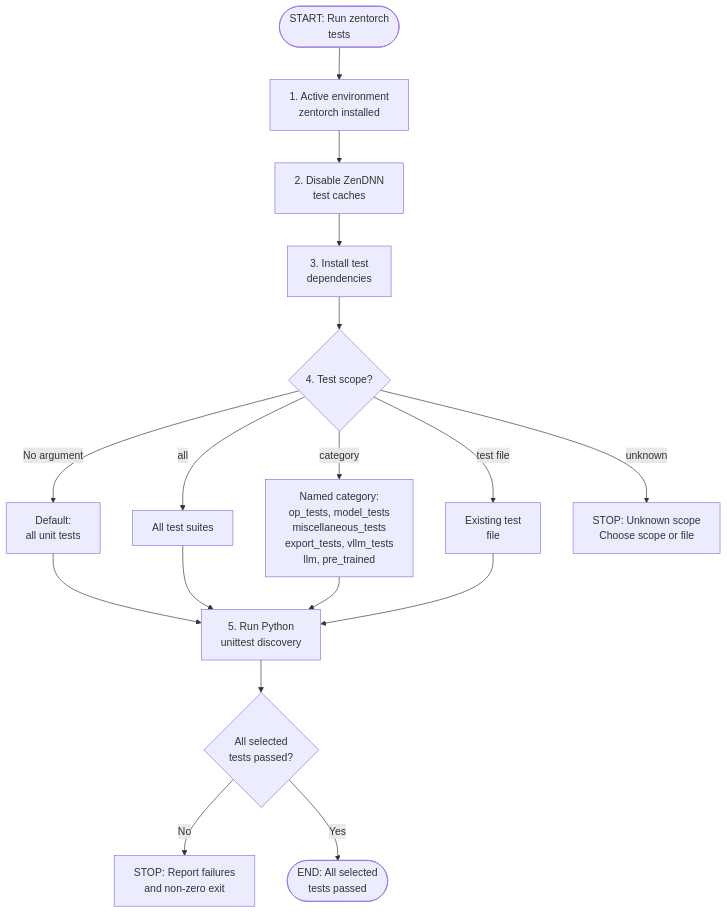
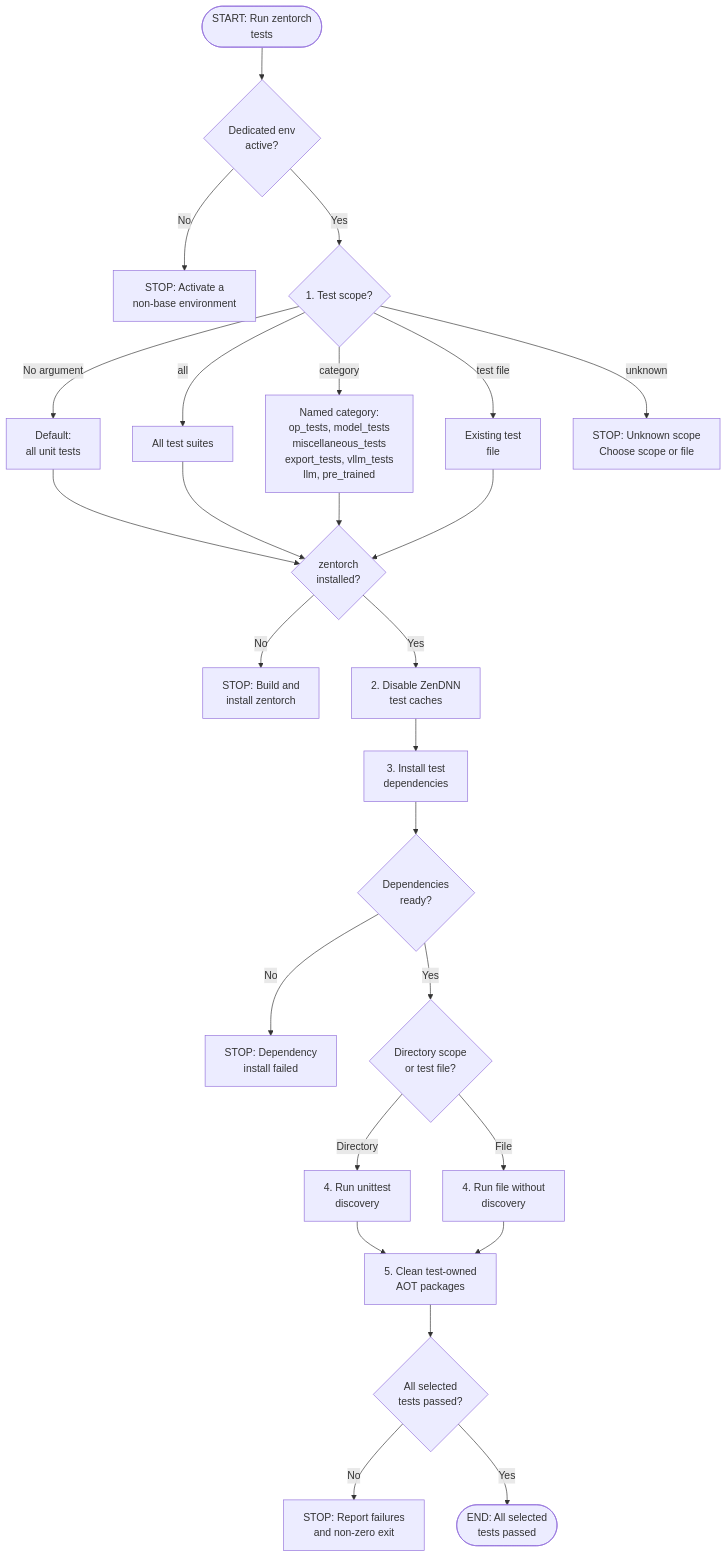
One commit to amd/ZenDNN-pytorch-plugin changed the diagram in .claude/skills/run-tests/zentorch-test-flow.md. Above: the diagram before and after it, drawn with Mermaid. The commit also changed other lines of this file and 11 other files, not shown here.

Commit message:
[ZENTORCH CORE] Fix blind-test skill workflow gaps

````diff
--- a/.claude/skills/run-tests/zentorch-test-flow.md
+++ b/.claude/skills/run-tests/zentorch-test-flow.md
@@ -21,27 +31,43 @@
 ```mermaid
 flowchart TD
     start(["START: Run zentorch<br/>tests"])
-    env["1. Active environment<br/>zentorch installed"]
-    cache["2. Disable ZenDNN<br/>test caches"]
-    deps["3. Install test<br/>dependencies"]
-    scope{"4. Test scope?"}
+    env{"Dedicated env<br/>active?"}
+    envFail["STOP: Activate a<br/>non-base environment"]
+    scope{"1. Test scope?"}
     default["Default:<br/>all unit tests"]
     all["All test suites"]
     category["Named category:<br/>op_tests, model_tests<br/>miscellaneous_tests<br/>export_tests, vllm_tests<br/>llm, pre_trained"]
     file["Existing test<br/>file"]
     invalid["STOP: Unknown scope<br/>Choose scope or file"]
-    run["5. Run Python<br/>unittest discovery"]
+    installed{"zentorch<br/>installed?"}
+    installFail["STOP: Build and<br/>install zentorch"]
+    cache["2. Disable ZenDNN<br/>test caches"]
+    deps["3. Install test<br/>dependencies"]
+    depsOk{"Dependencies<br/>ready?"}
+    depsFail["STOP: Dependency<br/>install failed"]
+    mode{"Directory scope<br/>or test file?"}
+    discover["4. Run unittest<br/>discovery"]
+    direct["4. Run file without<br/>discovery"]
+    cleanup["5. Clean test-owned<br/>AOT packages"]
     passed{"All selected<br/>tests passed?"}
     failed["STOP: Report failures<br/>and non-zero exit"]
     done(["END: All selected<br/>tests passed"])
 
-    start --> env --> cache --> deps --> scope
-    scope -- No argument --> default --> run
-    scope -- all --> all --> run
-    scope -- category --> category --> run
-    scope -- test file --> file --> run
+    start --> env
+    env -- No --> envFail
+    env -- Yes --> scope
+    scope -- No argument --> default --> installed
+    scope -- all --> all --> installed
+    scope -- category --> category --> installed
+    scope -- test file --> file --> installed
     scope -- unknown --> invalid
-    run --> passed
+    installed -- No --> installFail
+    installed -- Yes --> cache --> deps --> depsOk
+    depsOk -- No --> depsFail
+    depsOk -- Yes --> mode
+    mode -- Directory --> discover --> cleanup
+    mode -- File --> direct --> cleanup
+    cleanup --> passed
     passed -- No --> failed
     passed -- Yes --> done
 ```
````
